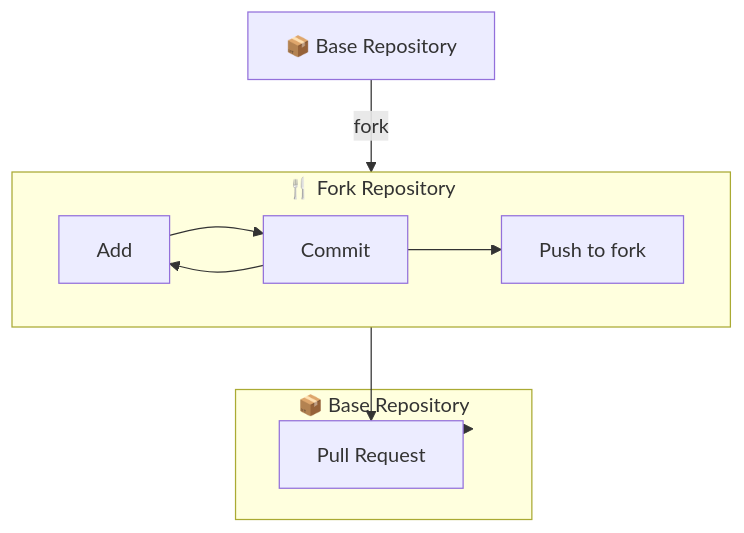
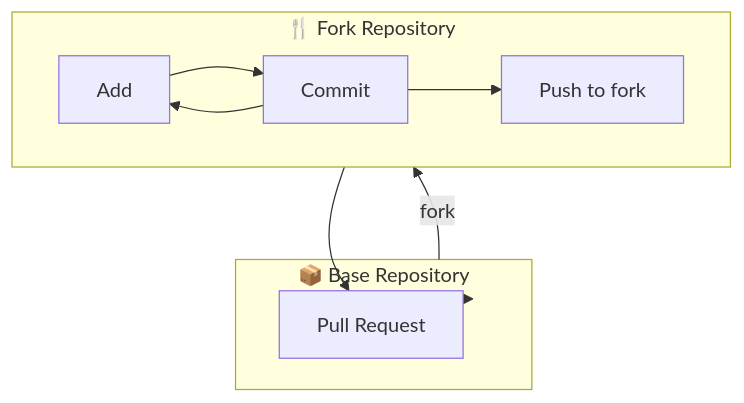
The diagram in Notes.md (dahlbyk-test/cs-pd-week-2026), drawn with Mermaid before and after one commit.

Commit message:
Fix mermaid diagram for repository structure
Updated mermaid diagram to reflect correct repository terminology.

````diff
--- a/Notes.md
+++ b/Notes.md
@@ -3,21 +3,19 @@
 ```mermaid
-graph TD;
-    Base["📦 Base Repository"]
-    
+graph TD;    
     subgraph Fork["🍴 Fork Repository"]
         Add["Add"]
         Commit["Commit"]
         Push["Push to fork"]
         Add-->Commit
         Commit-->Add
         Commit-->Push
     end
     
     subgraph BaseRepo["📦 Base Repository"]
         PR["Pull Request"]
     end
     
-    Base-->|fork|Fork
+    BaseRepo-->|fork|Fork
     Fork-->PR
     PR-->BaseRepo
 ```
````
